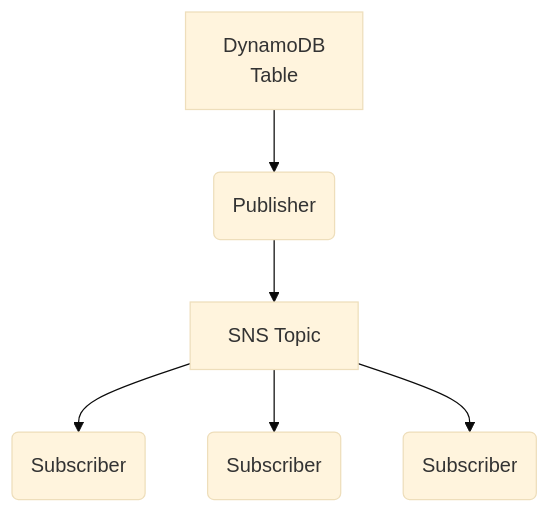
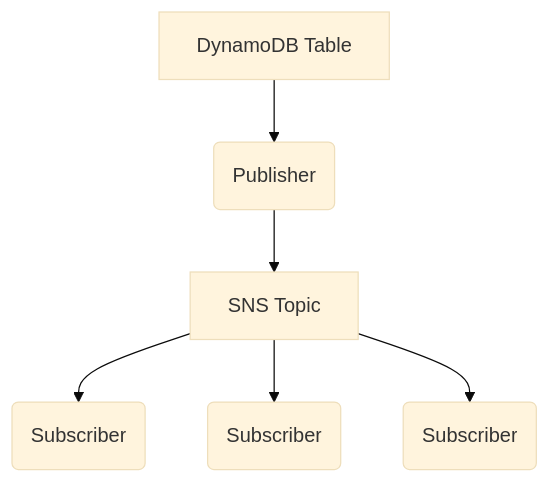
Before and after one commit to brexhq/substation: the diagram in examples/aws/pubsub/README.md, drawn with Mermaid (base theme).

````diff
--- a/examples/aws/pubsub/README.md
+++ b/examples/aws/pubsub/README.md
@@ -6,20 +6,20 @@
 ```mermaid
 
 flowchart TD
     %% core infrastructure
-    ddb[DynamoDB\nTable]
+    ddb[DynamoDB Table]
     sns[SNS Topic]
 
     %% nodes
     publisher(Publisher)
     subscriber_x(Subscriber)
     subscriber_y(Subscriber)
     subscriber_z(Subscriber)
 
     %% connections
     ddb --> publisher
     publisher -->sns
     sns-->subscriber_x
     sns-->subscriber_y
     sns-->subscriber_z
 ```
````
